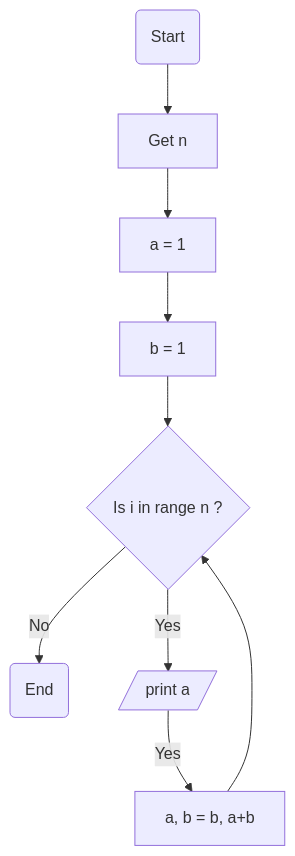
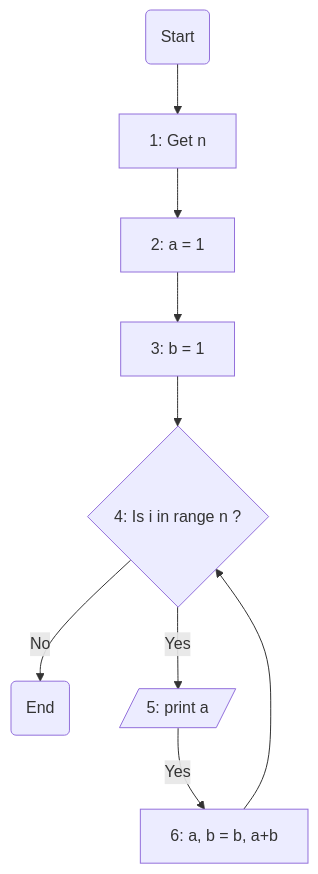
Before and after one commit to hayyaun/kids: the diagram in exercises/helps/exercise-3-3.md, drawn with Mermaid. The commit also changed other lines of this file and 1 other file, not shown here.

````diff
--- a/exercises/helps/exercise-3-3.md
+++ b/exercises/helps/exercise-3-3.md
@@ -36,14 +36,14 @@
 ```mermaid
 flowchart TD
-    A("Start") --> E["Get n"]
-    E --> F["a = 1"]
-    F --> n1["b = 1"]
-    G{"Is i in range n ?"} -- No --> Z("End")
-    G -- Yes --> H["print a"]
-    H -- Yes --> J["a, b = b, a+b"]
+    A("Start") --> E["1: Get n"]
+    E --> F["2: a = 1"]
+    F --> n1["3: b = 1"]
+    G{"4: Is i in range n ?"} -- No --> Z("End")
+    G -- Yes --> H["5: print a"]
+    H -- Yes --> J["6: a, b = b, a+b"]
     n1 --> G
     J --> G
 
     n1@{ shape: rect}
     H@{ shape: in-out}
 ```
````
